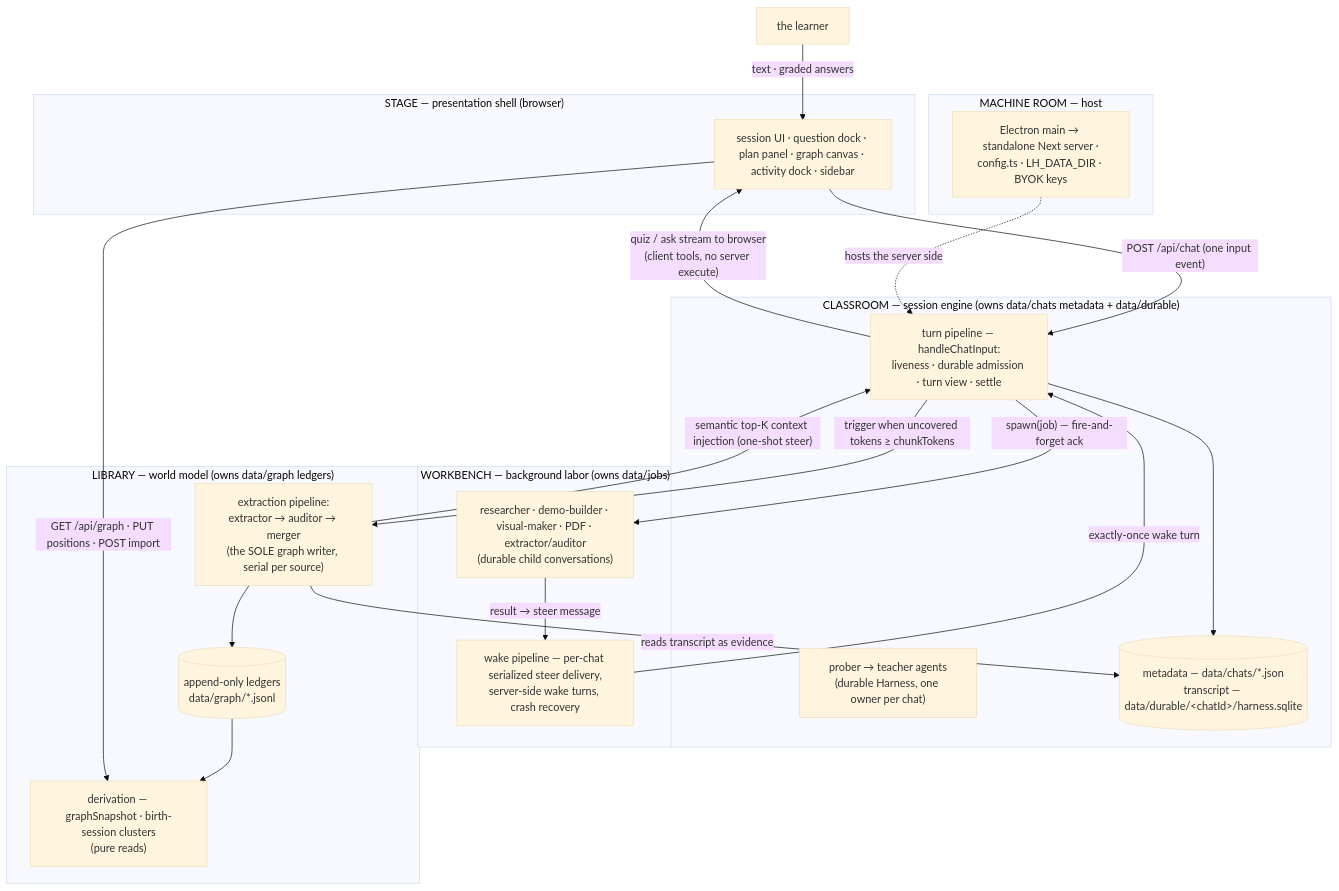
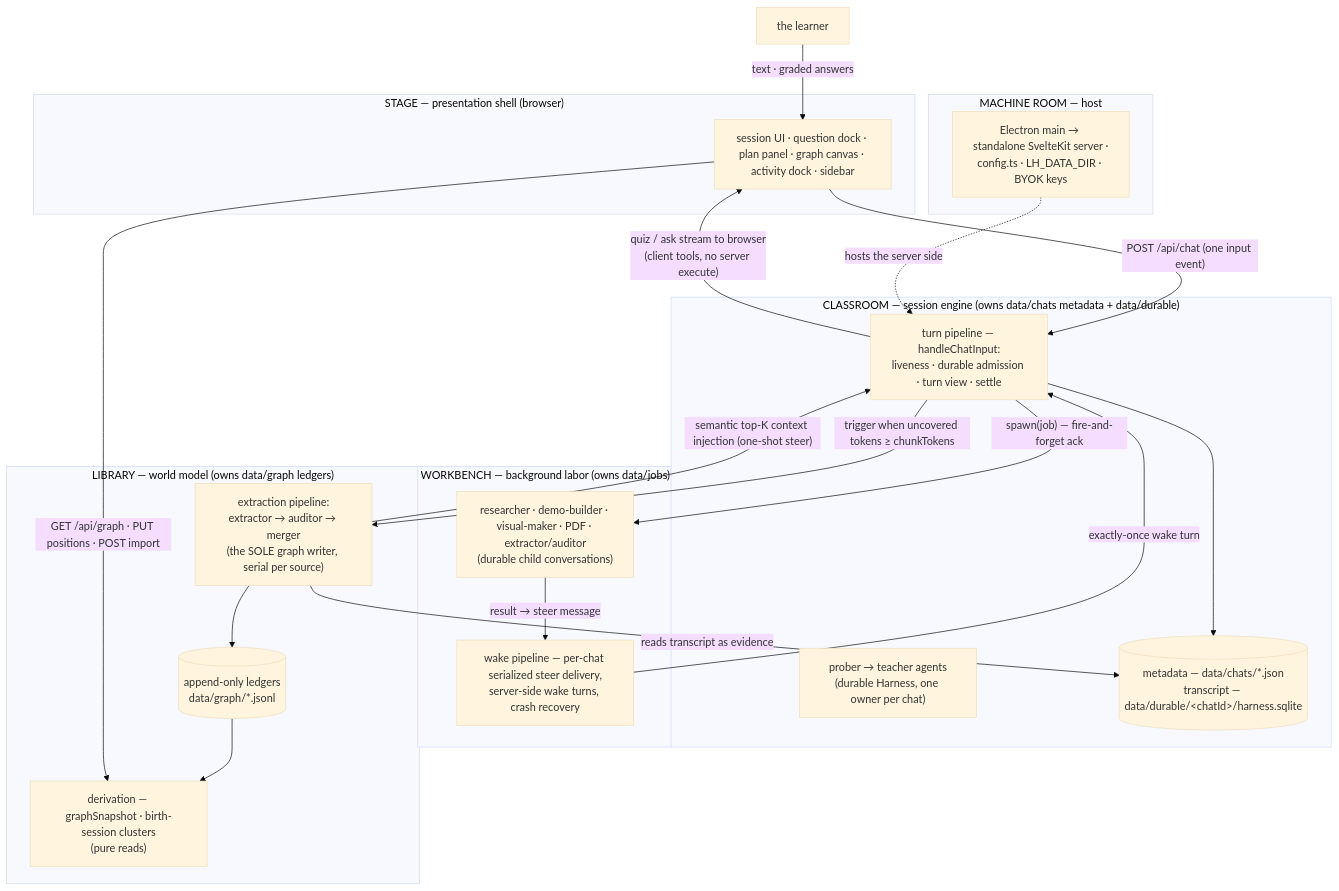
The diagram in docs/development.md (edwrdc/learn), drawn with Mermaid (base theme) before and after one commit. The commit also changed other lines of this file and 9 other files, not shown here.

````diff
--- a/docs/development.md
+++ b/docs/development.md
@@ -55,44 +78,44 @@
 ```mermaid
 flowchart TB
     LEARNER["the learner"]
 
     subgraph STAGE["STAGE — presentation shell (browser)"]
         UI["session UI · question dock · plan panel · graph canvas · activity dock · sidebar"]
     end
 
     subgraph CLASSROOM["CLASSROOM — session engine (owns data/chats metadata + data/durable)"]
         TURN["turn pipeline — handleChatInput:<br/>liveness · durable admission · turn view · settle"]
         AGENTS["prober → teacher agents<br/>(durable Harness, one owner per chat)"]
         CHATDATA[("metadata — data/chats/*.json<br/>transcript — data/durable/&lt;chatId&gt;/harness.sqlite")]
     end
 
     subgraph WORKBENCH["WORKBENCH — background labor (owns data/jobs)"]
         SUBS["researcher · demo-builder · visual-maker · PDF · extractor/auditor<br/>(durable child conversations)"]
         WAKE["wake pipeline — per-chat serialized steer delivery,<br/>server-side wake turns, crash recovery"]
     end
 
     subgraph LIBRARY["LIBRARY — world model (owns data/graph ledgers)"]
         EXTRACT["extraction pipeline:<br/>extractor → auditor → merger<br/>(the SOLE graph writer, serial per source)"]
         DERIVE["derivation — graphSnapshot · birth-session clusters<br/>(pure reads)"]
         LEDG[("append-only ledgers<br/>data/graph/*.jsonl")]
     end
 
     subgraph ROOM["MACHINE ROOM — host"]
-        HOST["Electron main → standalone Next server ·<br/>config.ts · LH_DATA_DIR · BYOK keys"]
+        HOST["Electron main → standalone SvelteKit server ·<br/>config.ts · LH_DATA_DIR · BYOK keys"]
     end
 
     LEARNER -->|"text · graded answers"| UI
     UI -->|"POST /api/chat (one input event)"| TURN
     TURN -->|"quiz / ask stream to browser<br/>(client tools, no server execute)"| UI
     TURN --> CHATDATA
     TURN -->|"spawn(job) — fire-and-forget ack"| SUBS
     SUBS -->|"result → steer message"| WAKE
     WAKE -->|"exactly-once wake turn"| TURN
     TURN -->|"trigger when uncovered tokens ≥ chunkTokens"| EXTRACT
     EXTRACT -->|"reads transcript as evidence"| CHATDATA
     EXTRACT --> LEDG
     EXTRACT -->|"semantic top-K context injection (one-shot steer)"| TURN
     LEDG --> DERIVE
     UI -->|"GET /api/graph · PUT positions · POST import"| DERIVE
     HOST -.->|"hosts the server side"| TURN
 ```
````
